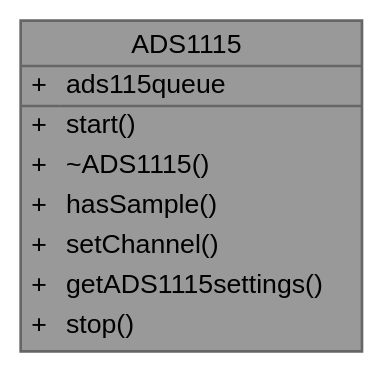
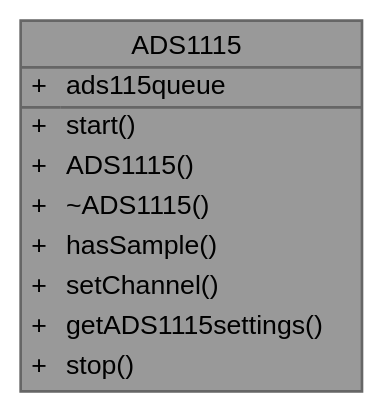
Before and after one commit to RajasJoshi/HeartGuard: the diagram in Docs/pdf/classADS1115__coll__graph.dot, drawn with Graphviz. The commit also changed 583 other files, not shown here.

```diff
--- a/Docs/pdf/classADS1115__coll__graph.dot
+++ b/Docs/pdf/classADS1115__coll__graph.dot
@@ -1,19 +1,20 @@
 digraph "ADS1115"
 {
  // LATEX_PDF_SIZE
   bgcolor="transparent";
   edge [fontname=Helvetica,fontsize=10,labelfontname=Helvetica,labelfontsize=10];
   node [fontname=Helvetica,fontsize=10,shape=box,height=0.2,width=0.4];
   Node1 [id="Node000001",shape=plain,label=<<TABLE CELLBORDER="0" BORDER="1"><TR><TD COLSPAN="2" CELLPADDING="1" CELLSPACING="0">ADS1115</TD></TR>
 <HR/>
 <TR><TD VALIGN="top" CELLPADDING="1" CELLSPACING="0">+</TD><TD VALIGN="top" ALIGN="LEFT" CELLPADDING="1" CELLSPACING="0">ads115queue<BR ALIGN="LEFT"/></TD></TR>
 <HR/>
 <TR><TD VALIGN="top" CELLPADDING="1" CELLSPACING="0">+</TD><TD VALIGN="top" ALIGN="LEFT" CELLPADDING="1" CELLSPACING="0">start()<BR ALIGN="LEFT"/></TD></TR>
+<TR><TD VALIGN="top" CELLPADDING="1" CELLSPACING="0">+</TD><TD VALIGN="top" ALIGN="LEFT" CELLPADDING="1" CELLSPACING="0">ADS1115()<BR ALIGN="LEFT"/></TD></TR>
 <TR><TD VALIGN="top" CELLPADDING="1" CELLSPACING="0">+</TD><TD VALIGN="top" ALIGN="LEFT" CELLPADDING="1" CELLSPACING="0">~ADS1115()<BR ALIGN="LEFT"/></TD></TR>
 <TR><TD VALIGN="top" CELLPADDING="1" CELLSPACING="0">+</TD><TD VALIGN="top" ALIGN="LEFT" CELLPADDING="1" CELLSPACING="0">hasSample()<BR ALIGN="LEFT"/></TD></TR>
 <TR><TD VALIGN="top" CELLPADDING="1" CELLSPACING="0">+</TD><TD VALIGN="top" ALIGN="LEFT" CELLPADDING="1" CELLSPACING="0">setChannel()<BR ALIGN="LEFT"/></TD></TR>
 <TR><TD VALIGN="top" CELLPADDING="1" CELLSPACING="0">+</TD><TD VALIGN="top" ALIGN="LEFT" CELLPADDING="1" CELLSPACING="0">getADS1115settings()<BR ALIGN="LEFT"/></TD></TR>
 <TR><TD VALIGN="top" CELLPADDING="1" CELLSPACING="0">+</TD><TD VALIGN="top" ALIGN="LEFT" CELLPADDING="1" CELLSPACING="0">stop()<BR ALIGN="LEFT"/></TD></TR>
 </TABLE>>
 ,height=0.2,width=0.4,color="gray40", fillcolor="grey60", style="filled", fontcolor="black",tooltip=" "];
 }
```
